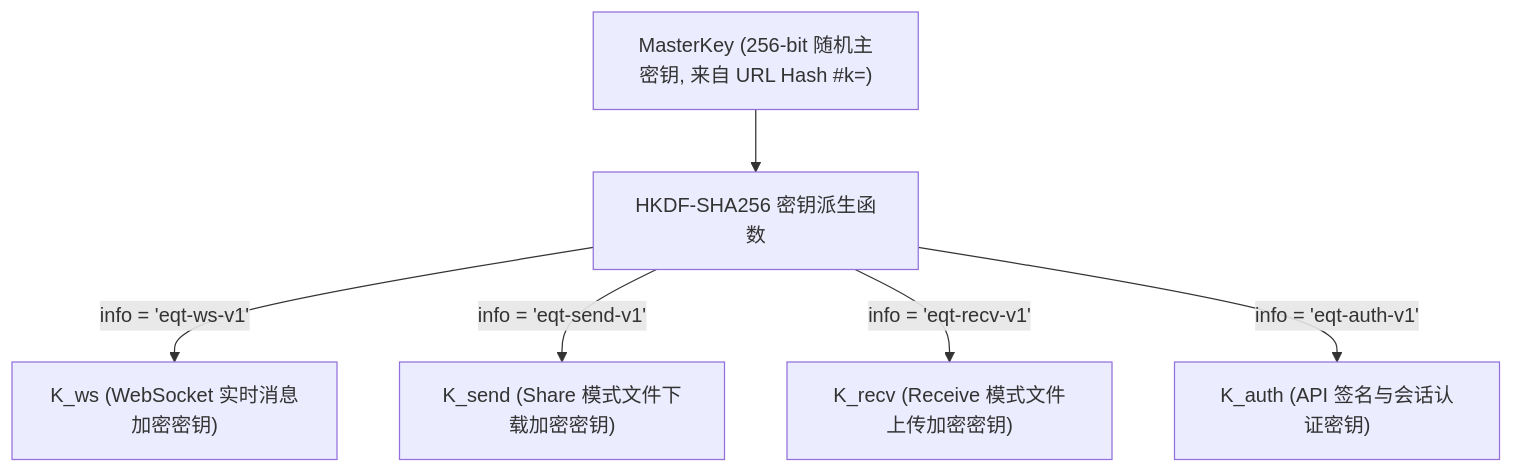
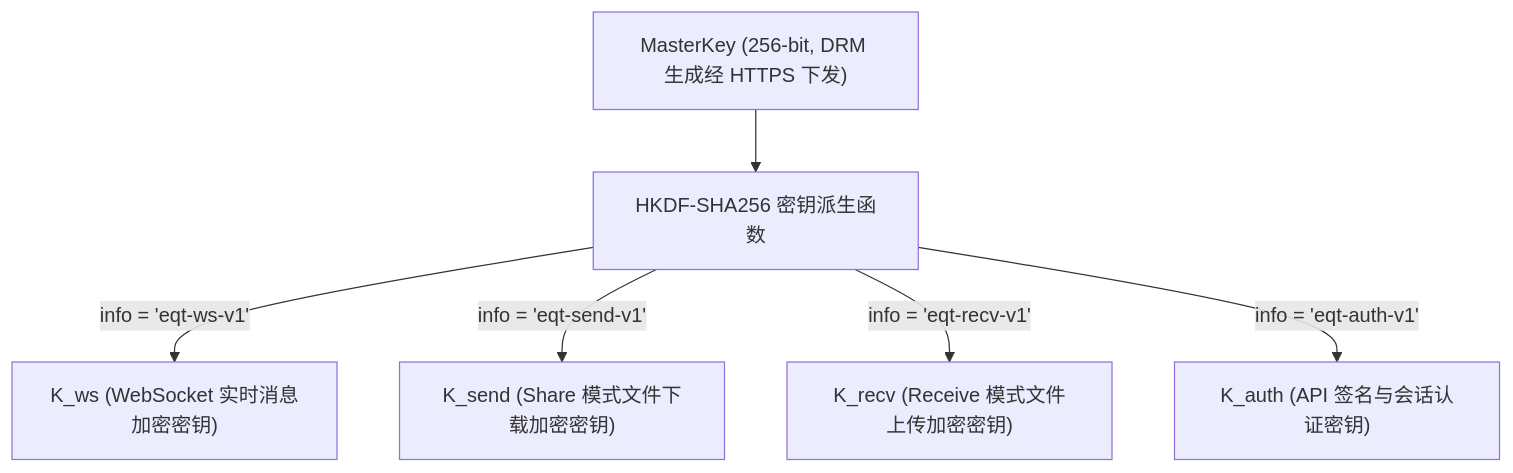
Before and after one commit to forpersuit/eqrcp: the fifth of 5 diagrams in docs/future/20260901-e2ee-end-to-end-encryption-architecture.md, drawn with Mermaid. The commit also changed other lines of this file and 2 other files, not shown here.

First line of the commit message:
docs(e2ee): rebuild architecture around DRM trust anchor and WASM engine

````diff
--- a/docs/future/20260901-e2ee-end-to-end-encryption-architecture.md
+++ b/docs/future/20260901-e2ee-end-to-end-encryption-architecture.md
@@ -240,8 +317,8 @@
 ```mermaid
 graph TD
-    MasterKey["MasterKey (256-bit 随机主密钥, 来自 URL Hash #k=)"] --> HKDF["HKDF-SHA256 密钥派生函数"]
+    MasterKey["MasterKey (256-bit, DRM 生成经 HTTPS 下发)"] --> HKDF["HKDF-SHA256 密钥派生函数"]
     HKDF -->|"info = 'eqt-ws-v1'"| K_ws["K_ws (WebSocket 实时消息加密密钥)"]
     HKDF -->|"info = 'eqt-send-v1'"| K_send["K_send (Share 模式文件下载加密密钥)"]
     HKDF -->|"info = 'eqt-recv-v1'"| K_recv["K_recv (Receive 模式文件上传加密密钥)"]
     HKDF -->|"info = 'eqt-auth-v1'"| K_auth["K_auth (API 签名与会话认证密钥)"]
 ```
````
